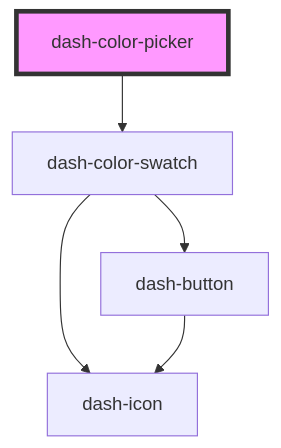
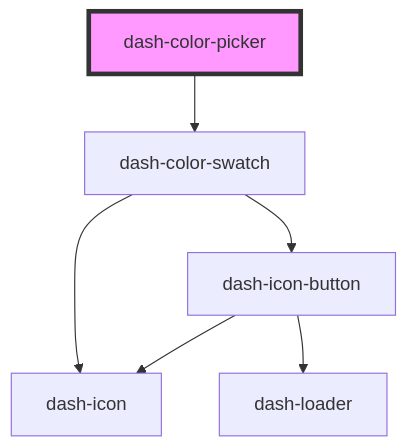
One commit to jmanke/dash changed the diagram in packages/dash-components/src/components/dash-color-picker/readme.md. Above: the diagram before and after it, drawn with Mermaid. The commit also changed 6 other files, not shown here.

````diff
--- a/packages/dash-components/src/components/dash-color-picker/readme.md
+++ b/packages/dash-components/src/components/dash-color-picker/readme.md
@@ -31,8 +31,9 @@
 ```mermaid
 graph TD;
   dash-color-picker --> dash-color-swatch
-  dash-color-swatch --> dash-button
+  dash-color-swatch --> dash-icon-button
   dash-color-swatch --> dash-icon
-  dash-button --> dash-icon
+  dash-icon-button --> dash-icon
+  dash-icon-button --> dash-loader
   style dash-color-picker fill:#f9f,stroke:#333,stroke-width:4px
 ```
````
